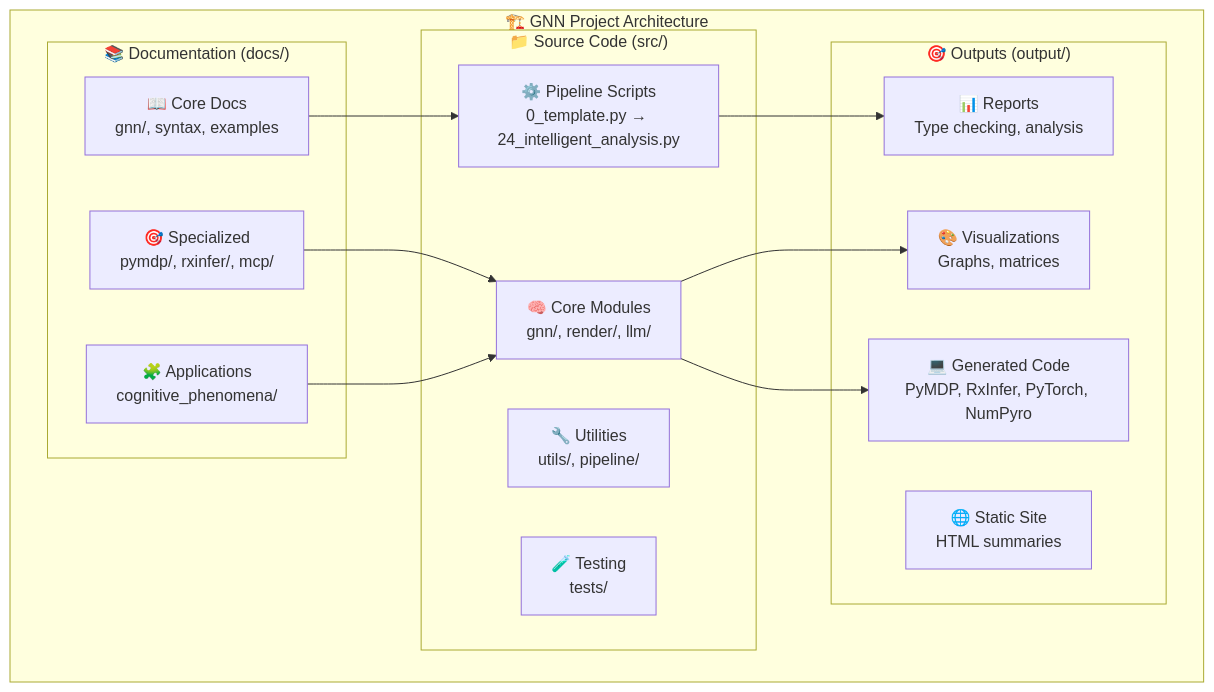
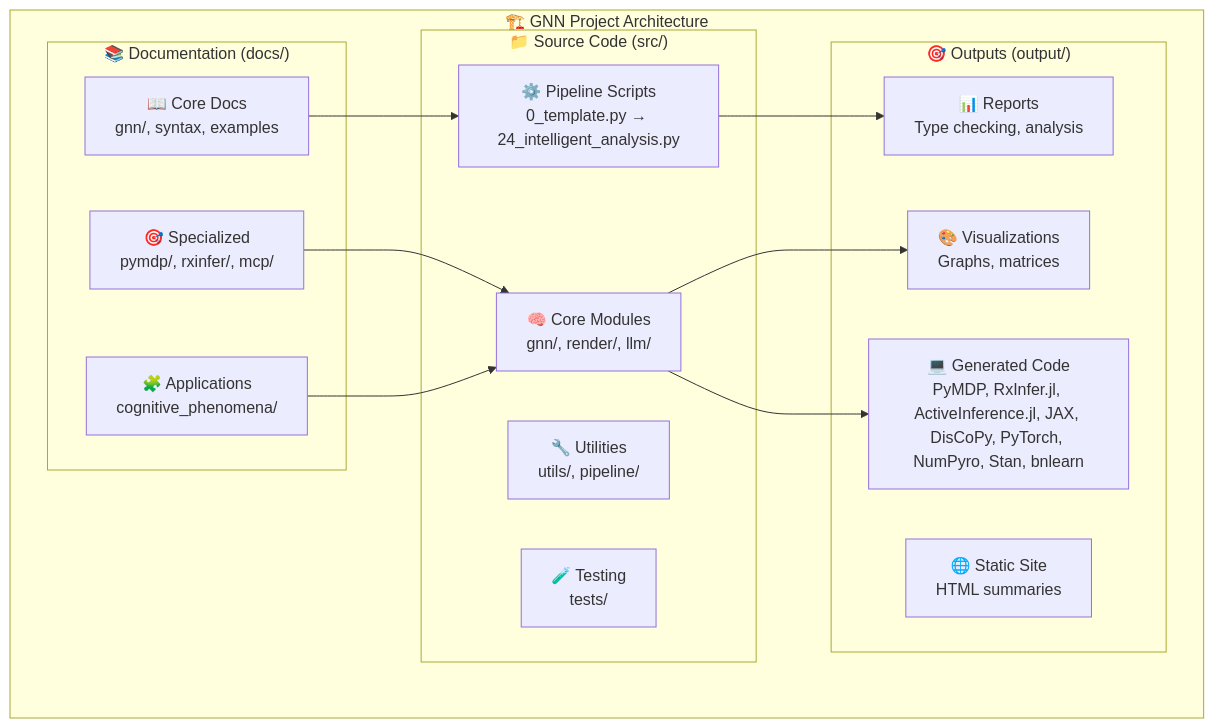
The second of 8 diagrams in README.md (ActiveInferenceInstitute/GeneralizedNotationNotation), drawn with Mermaid before and after one commit. The commit also changed other lines of this file and 190 other files, not shown here.

````diff
--- a/README.md
+++ b/README.md
@@ -301,33 +301,33 @@
 ```mermaid
 graph TB
     subgraph "🏗️ GNN Project Architecture"
         subgraph "📁 Source Code (src/)"
             A[⚙️ Pipeline Scripts<br/>0_template.py → 24_intelligent_analysis.py]
             B[🧠 Core Modules<br/>gnn/, render/, llm/]
             C[🔧 Utilities<br/>utils/, pipeline/]
             D[🧪 Testing<br/>tests/]
         end
         
         subgraph "📚 Documentation (docs/)"
             E[📖 Core Docs<br/>gnn/, syntax, examples]
             F[🎯 Specialized<br/>pymdp/, rxinfer/, mcp/]
             G[🧩 Applications<br/>cognitive_phenomena/]
         end
         
         subgraph "🎯 Outputs (output/)"
             H[📊 Reports<br/>Type checking, analysis]
             I[🎨 Visualizations<br/>Graphs, matrices]
-            J[💻 Generated Code<br/>PyMDP, RxInfer, PyTorch, NumPyro]
+            J["💻 Generated Code<br/>PyMDP, RxInfer.jl, ActiveInference.jl, JAX, DisCoPy, PyTorch, NumPyro, Stan, bnlearn"]
             K[🌐 Static Site<br/>HTML summaries]
         end
     end
     
     A --> H
     B --> I
     B --> J
     E --> A
     F --> B
     G --> B
     
     %% styling intentionally omitted (theme-controlled)
 ```
````
